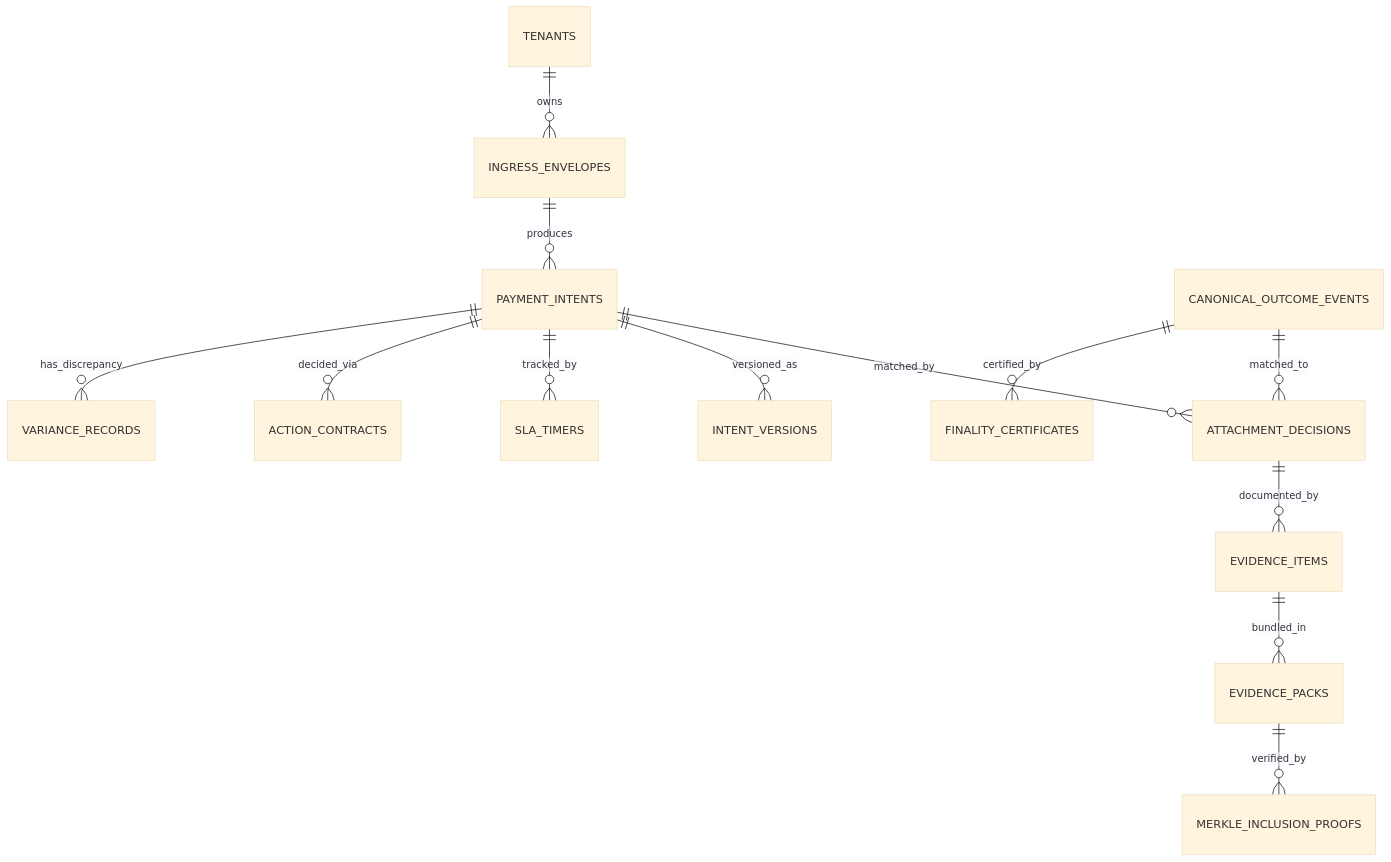
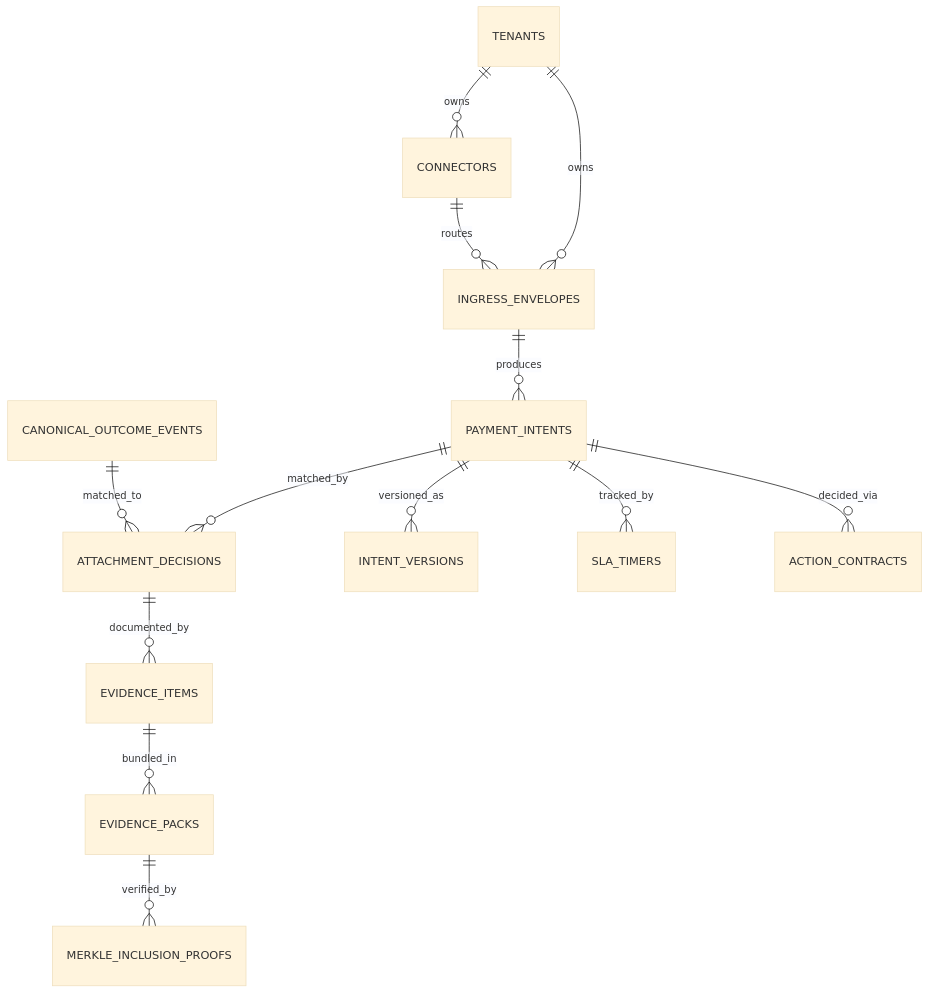
The second of 2 diagrams in README.md (swaroopt14/razorpay-reconciliation), drawn with Mermaid (base theme) before and after one commit. The commit also changed other lines of this file and 18 other files, not shown here.

````diff
--- a/README.md
+++ b/README.md
@@ -409,15 +476,15 @@
 ```mermaid
 erDiagram
+    TENANTS ||--o{ CONNECTORS : owns
     TENANTS ||--o{ INGRESS_ENVELOPES : owns
     INGRESS_ENVELOPES ||--o{ PAYMENT_INTENTS : produces
     PAYMENT_INTENTS ||--o{ ATTACHMENT_DECISIONS : matched_by
     CANONICAL_OUTCOME_EVENTS ||--o{ ATTACHMENT_DECISIONS : matched_to
     ATTACHMENT_DECISIONS ||--o{ EVIDENCE_ITEMS : documented_by
     EVIDENCE_ITEMS ||--o{ EVIDENCE_PACKS : bundled_in
     EVIDENCE_PACKS ||--o{ MERKLE_INCLUSION_PROOFS : verified_by
     PAYMENT_INTENTS ||--o{ INTENT_VERSIONS : versioned_as
     PAYMENT_INTENTS ||--o{ SLA_TIMERS : tracked_by
     PAYMENT_INTENTS ||--o{ ACTION_CONTRACTS : decided_via
-    CANONICAL_OUTCOME_EVENTS ||--o{ FINALITY_CERTIFICATES : certified_by
-    PAYMENT_INTENTS ||--o{ VARIANCE_RECORDS : has_discrepancy
+    CONNECTORS ||--o{ INGRESS_ENVELOPES : routes
 ```
````
